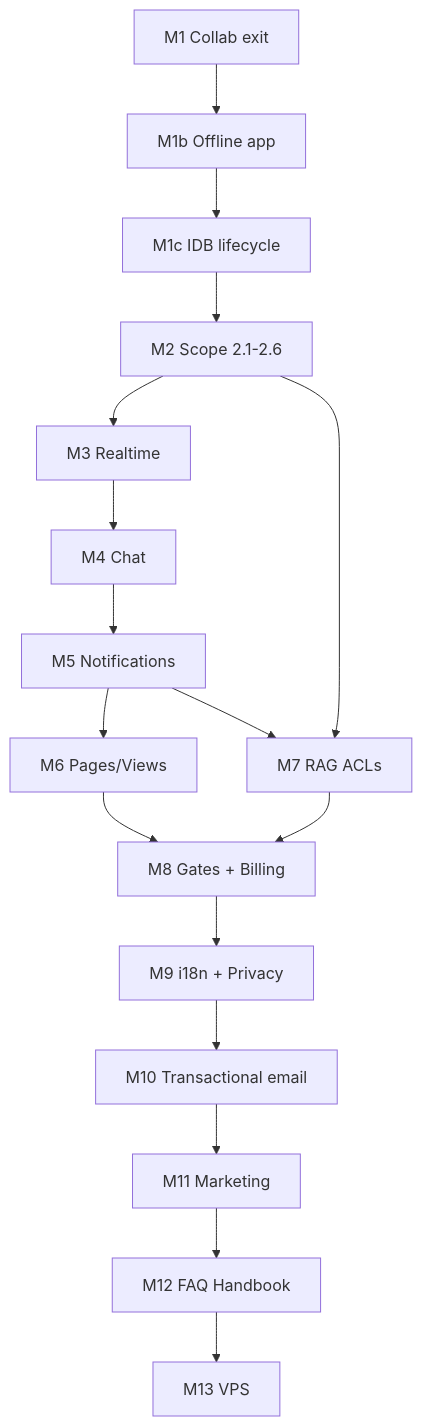
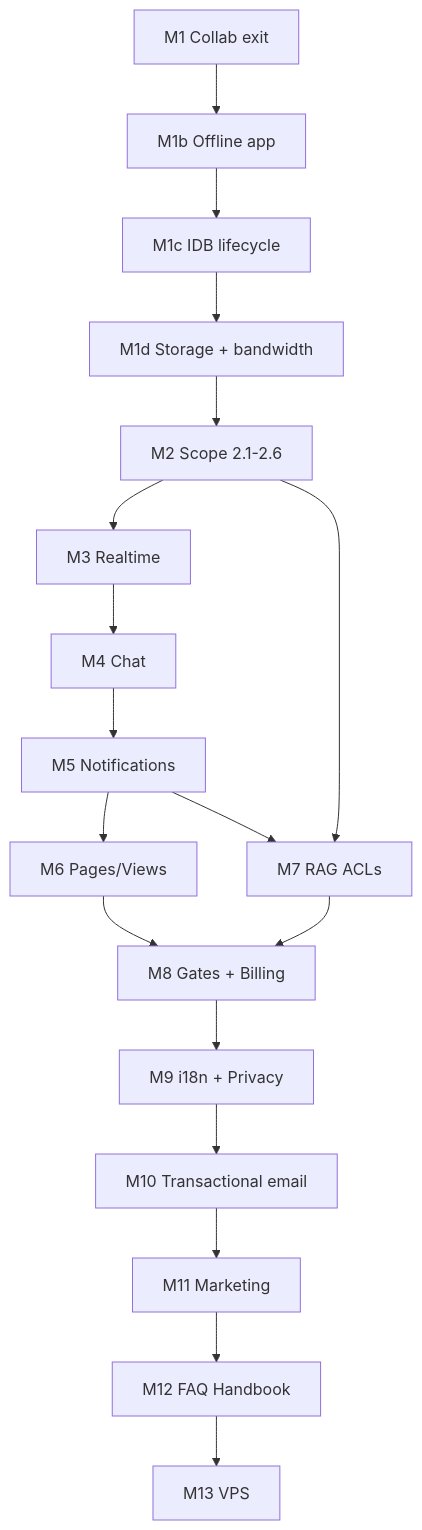
The diagram in docs/28-product-roadmap-to-production.md (kallekormann/rhodes), drawn with Mermaid before and after one commit. The commit also changed other lines of this file and 18 other files, not shown here.

````diff
--- a/docs/28-product-roadmap-to-production.md
+++ b/docs/28-product-roadmap-to-production.md
@@ -57,25 +58,26 @@
 ```mermaid
 flowchart TB
   m1["M1 Collab exit"]
   m1b["M1b Offline app"]
   m1c["M1c IDB lifecycle"]
+  m1d["M1d Storage + bandwidth"]
   m2["M2 Scope 2.1-2.6"]
   m3["M3 Realtime"]
   m4["M4 Chat"]
   m5["M5 Notifications"]
   m6["M6 Pages/Views"]
   m7["M7 RAG ACLs"]
   m8["M8 Gates + Billing"]
   m9["M9 i18n + Privacy"]
   m10["M10 Transactional email"]
   m11["M11 Marketing"]
   m12["M12 FAQ Handbook"]
   m13["M13 VPS"]
-  m1 --> m1b --> m1c --> m2 --> m3
+  m1 --> m1b --> m1c --> m1d --> m2 --> m3
   m3 --> m4 --> m5 --> m6
   m2 --> m7
   m5 --> m7
   m6 --> m8
   m7 --> m8
   m8 --> m9 --> m10 --> m11 --> m12 --> m13
 ```
````
